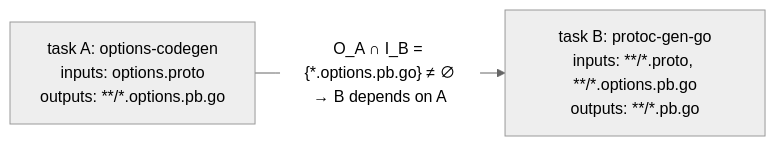
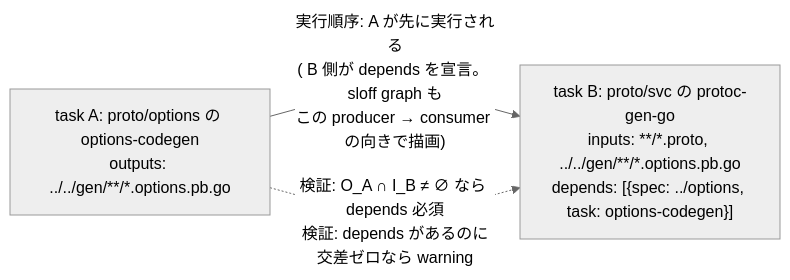
One commit to izumin5210/sloff changed the third of 3 diagrams in docs/design/architecture.md. Above: the diagram before and after it, drawn with Mermaid (neutral theme). The commit also changed other lines of this file and 86 other files, not shown here.

````diff
--- a/docs/design/architecture.md
+++ b/docs/design/architecture.md
@@ -594,6 +621,7 @@
 ```mermaid
 flowchart LR
-    A["task A: options-codegen<br/>inputs: options.proto<br/>outputs: **/*.options.pb.go"]
-    B["task B: protoc-gen-go<br/>inputs: **/*.proto, **/*.options.pb.go<br/>outputs: **/*.pb.go"]
-    A -- "O_A ∩ I_B = {*.options.pb.go} ≠ ∅<br/>→ B depends on A" --> B
+    A["task A: proto/options の options-codegen<br/>outputs: ../../gen/**/*.options.pb.go"]
+    B["task B: proto/svc の protoc-gen-go<br/>inputs: **/*.proto, ../../gen/**/*.options.pb.go<br/>depends: [{spec: ../options, task: options-codegen}]"]
+    A -- "実行順序: A が先に実行される<br/>( B 側が depends を宣言。 sloff graph も<br/>この producer → consumer の向きで描画)" --> B
+    A -. "検証: O_A ∩ I_B ≠ ∅ なら depends 必須<br/>検証: depends があるのに交差ゼロなら warning" .-> B
 ```
````
